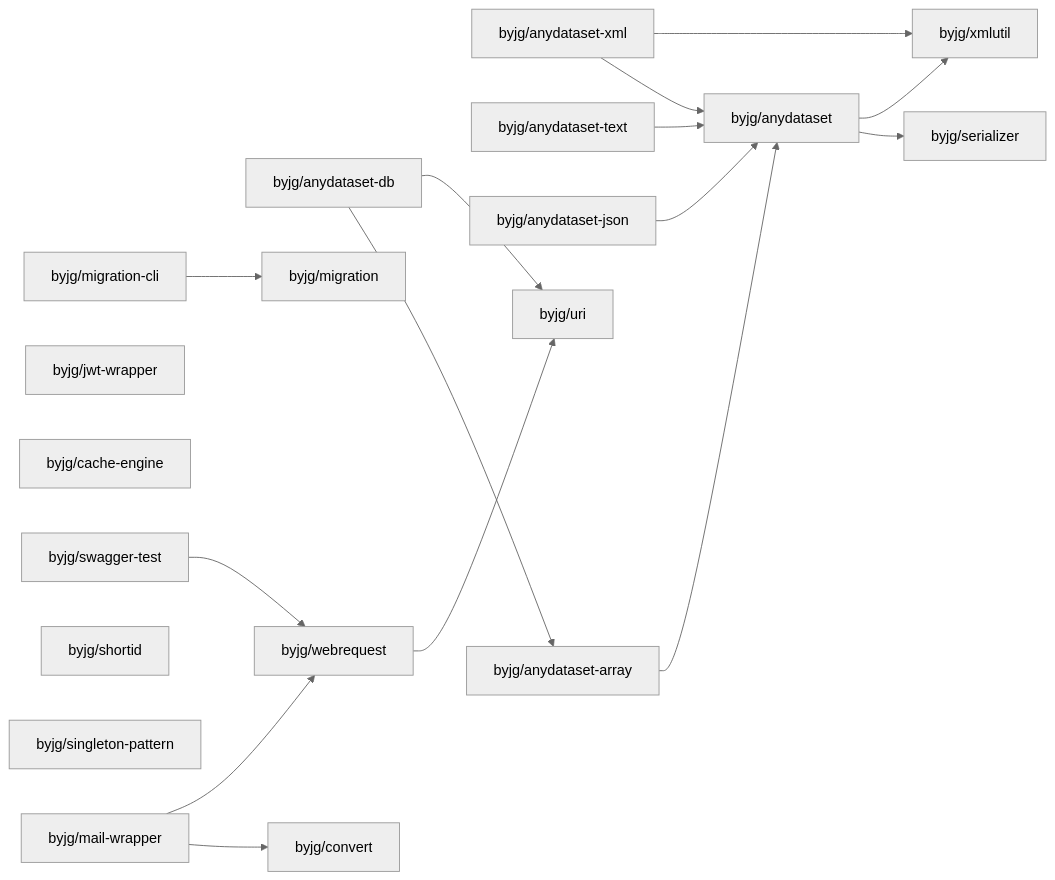
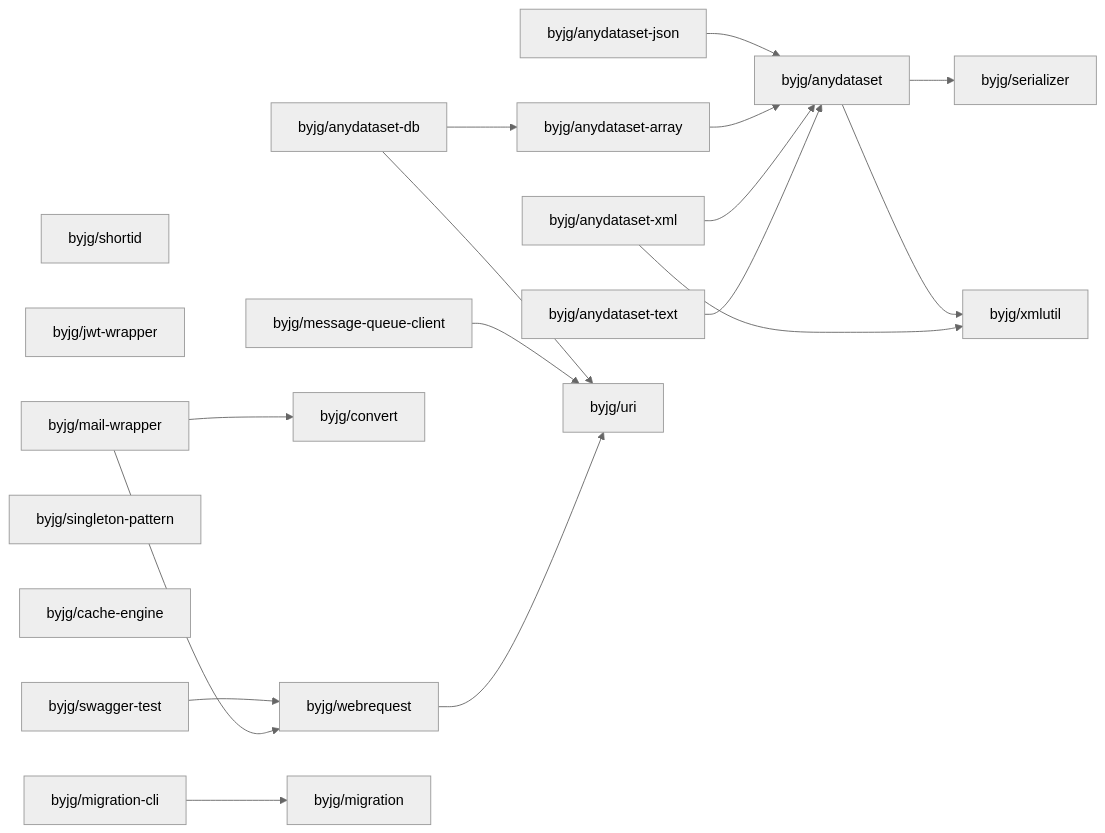
One commit to byjg/byjg.github.io changed the diagram in php/README.md. Above: the diagram before and after it, drawn with Mermaid (neutral theme). The commit also changed 4 other files, not shown here.

Commit message:
Update documentation 'php' 'php-message-queue-client'

````diff
--- a/php/README.md
+++ b/php/README.md
@@ -3,36 +3,38 @@
 ```mermaid
 graph LR;
+  byjg/message-queue-client;
+  byjg/shortid;
+  byjg/jwt-wrapper;
+  byjg/swagger-test;
+  byjg/anydataset-text;
+  byjg/singleton-pattern;
+  byjg/cache-engine;
+  byjg/mail-wrapper;
+  byjg/anydataset-json;
   byjg/migration-cli;
   byjg/anydataset-xml;
-  byjg/jwt-wrapper;
-  byjg/cache-engine;
-  byjg/anydataset-text;
   byjg/anydataset-db;
-  byjg/mail-wrapper;
-  byjg/shortid;
-  byjg/anydataset-json;
-  byjg/singleton-pattern;
-  byjg/swagger-test;
+  byjg/convert;
+  byjg/webrequest;
   byjg/migration;
   byjg/anydataset-array;
-  byjg/convert;
-  byjg/webrequest;
+  byjg/uri;
   byjg/anydataset;
-  byjg/uri;
   byjg/serializer;
   byjg/xmlutil;
   byjg/anydataset-text --> byjg/anydataset;
   byjg/webrequest --> byjg/uri;
   byjg/anydataset-xml --> byjg/anydataset;
   byjg/anydataset-xml --> byjg/xmlutil;
   byjg/anydataset-array --> byjg/anydataset;
   byjg/mail-wrapper --> byjg/convert;
   byjg/mail-wrapper --> byjg/webrequest;
+  byjg/message-queue-client --> byjg/uri;
   byjg/anydataset-db --> byjg/anydataset-array;
   byjg/anydataset-db --> byjg/uri;
   byjg/anydataset-json --> byjg/anydataset;
   byjg/swagger-test --> byjg/webrequest;
   byjg/migration-cli --> byjg/migration;
   byjg/anydataset --> byjg/serializer;
   byjg/anydataset --> byjg/xmlutil;
 ```
````
